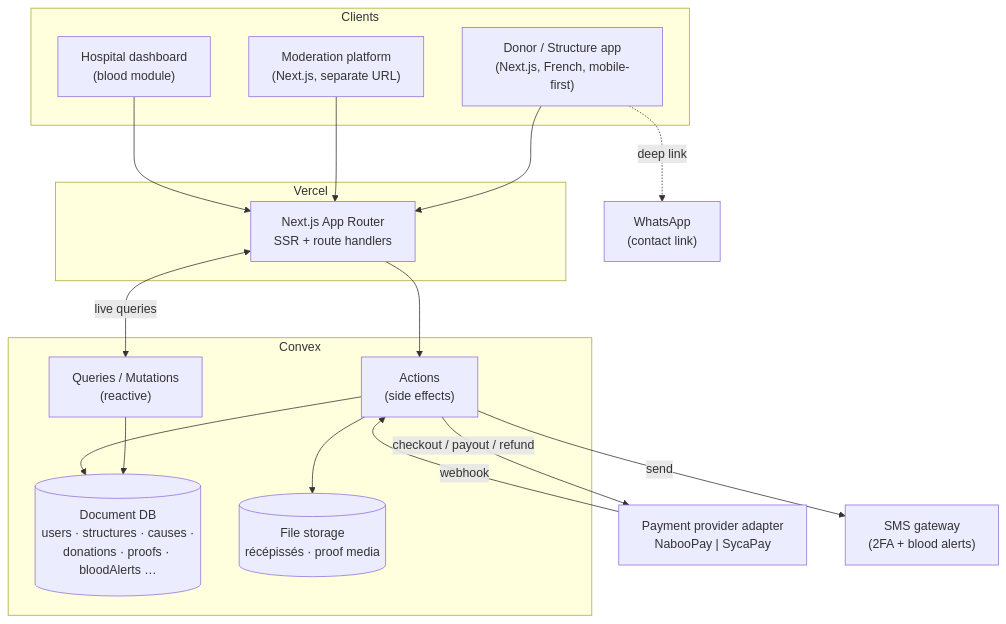
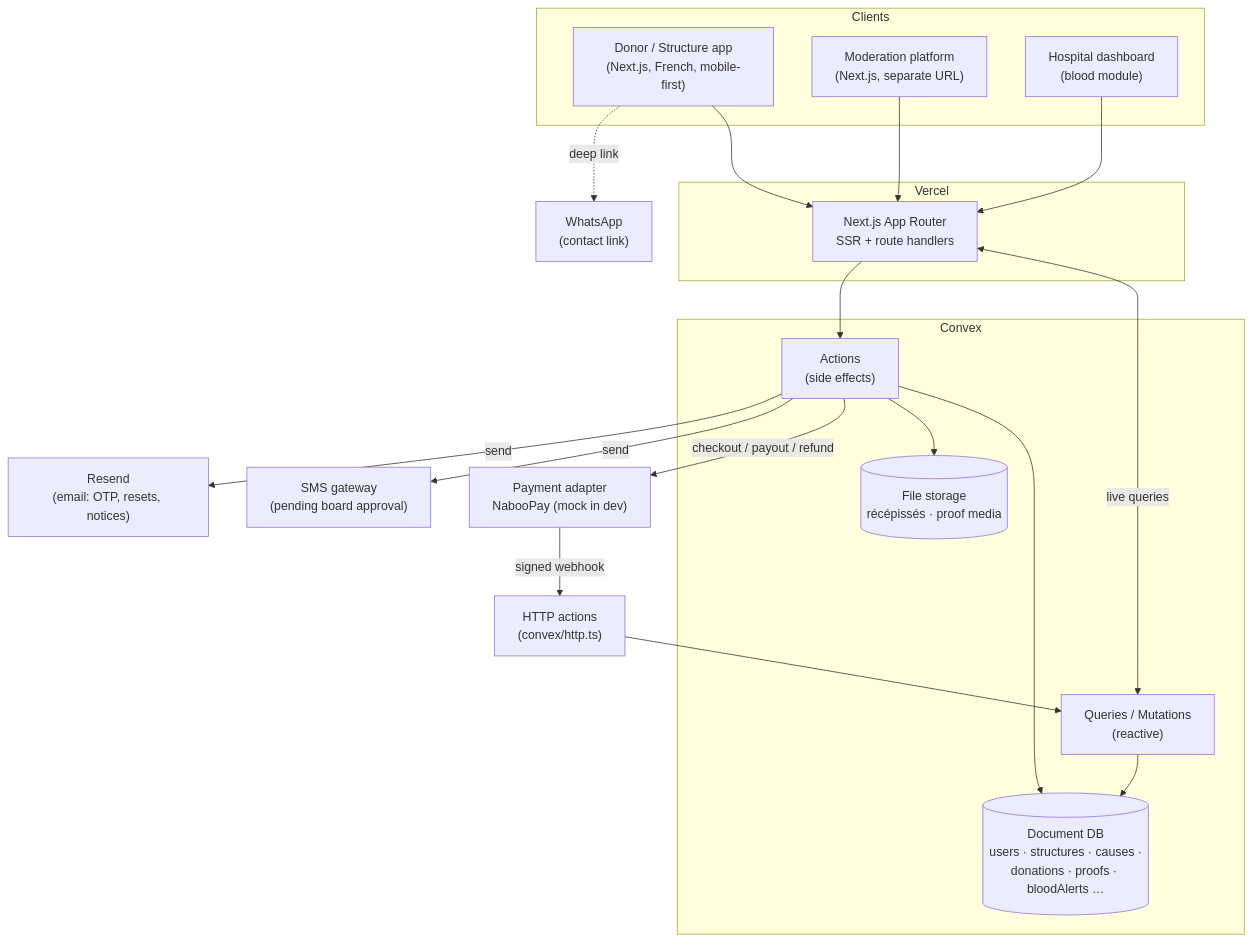
Before and after one commit to jeftech-dev/SUNUSOCIAL: the diagram in docs/ARCHITECTURE.md, drawn with Mermaid. The commit also changed other lines of this file and 15 other files, not shown here.

````diff
--- a/docs/ARCHITECTURE.md
+++ b/docs/ARCHITECTURE.md
@@ -18,36 +18,40 @@
 ```mermaid
 graph TD
   subgraph Clients
     D["Donor / Structure app<br/>(Next.js, French, mobile-first)"]
     M["Moderation platform<br/>(Next.js, separate URL)"]
     H["Hospital dashboard<br/>(blood module)"]
   end
 
   subgraph Vercel
     N["Next.js App Router<br/>SSR + route handlers"]
   end
 
   subgraph Convex
     Q["Queries / Mutations<br/>(reactive)"]
     A["Actions<br/>(side effects)"]
     DB[("Document DB<br/>users · structures · causes ·<br/>donations · proofs · bloodAlerts …")]
     FS[("File storage<br/>récépissés · proof media")]
   end
 
-  PAY["Payment provider adapter<br/>NabooPay | SycaPay"]
-  SMS["SMS gateway<br/>(2FA + blood alerts)"]
+  PAY["Payment adapter<br/>NabooPay (mock in dev)"]
+  SMS["SMS gateway<br/>(pending board approval)"]
+  MAIL["Resend<br/>(email: OTP, resets, notices)"]
   WA["WhatsApp<br/>(contact link)"]
 
   D --> N
   M --> N
   H --> N
   N <-->|"live queries"| Q
   N --> A
   Q --> DB
   A --> DB
   A --> FS
+  H2["HTTP actions<br/>(convex/http.ts)"]
   A -->|"checkout / payout / refund"| PAY
-  PAY -->|"webhook"| A
+  PAY -->|"signed webhook"| H2
+  H2 --> Q
   A -->|"send"| SMS
+  A -->|"send"| MAIL
   D -.->|"deep link"| WA
 ```
````
